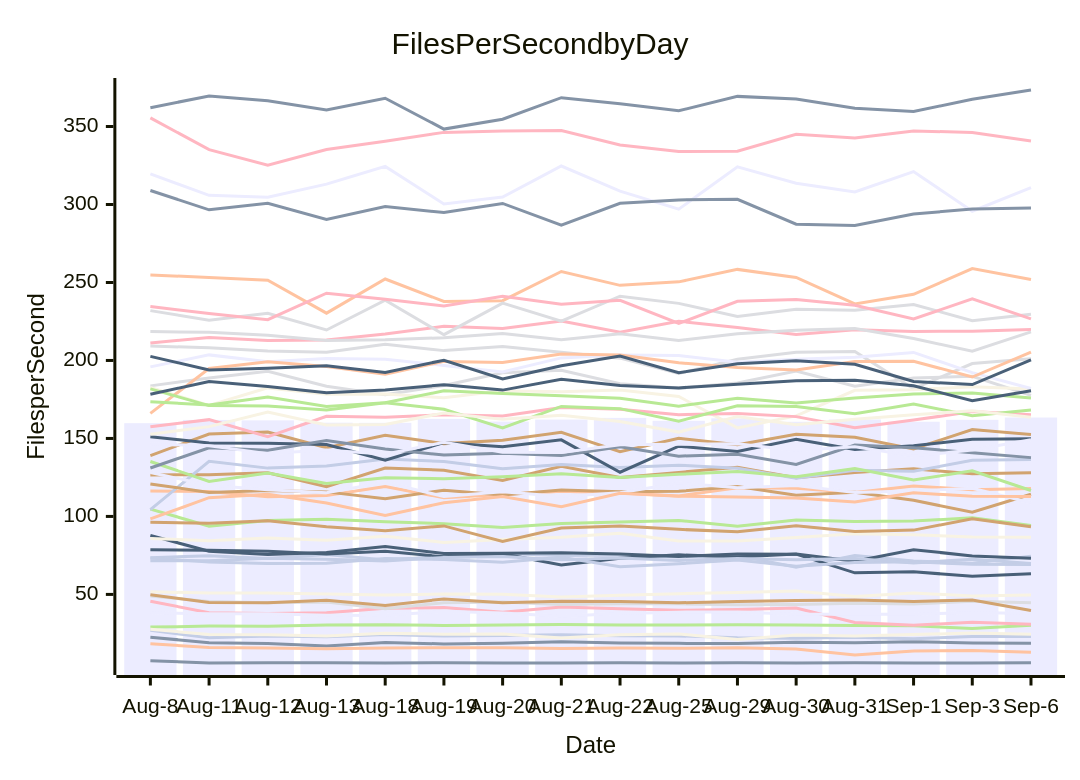
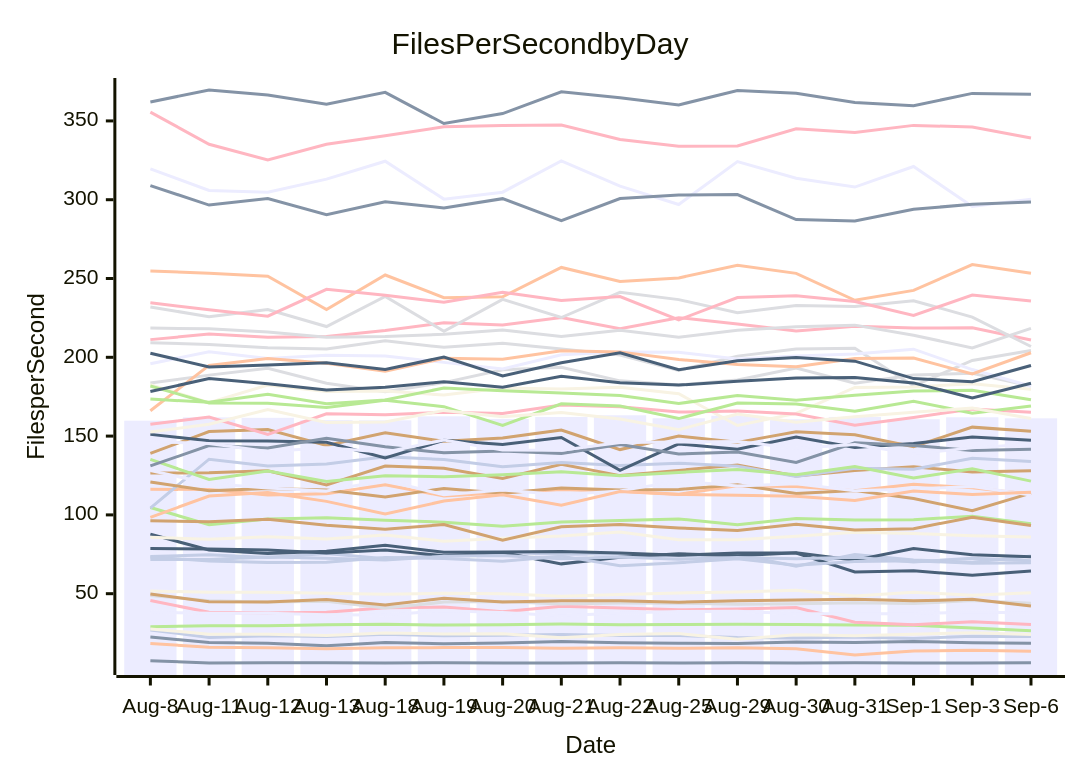
Before and after one commit to streetsidesoftware/cspell: the diagram in perf-report.md, drawn with Mermaid. The commit also changed other lines of this file and 1 other file, not shown here.

````diff
--- a/perf-report.md
+++ b/perf-report.md
@@ -10,57 +10,57 @@
 ```mermaid
 xychart-beta
     title Files Per Second by Day
     y-axis Files per Second
     x-axis Date [Aug-8, Aug-11, Aug-12, Aug-13, Aug-18, Aug-19, Aug-20, Aug-21, Aug-22, Aug-25, Aug-29, Aug-30, Aug-31, Sep-1, Sep-3, Sep-6]
-    bar [159.78, 161.87, 161.59, 160.12, 160.00, 162.54, 160.82, 162.11, 163.20, 161.31, 162.91, 160.67, 162.16, 160.72, 161.93, 163.41]
-    line [22.54, 19.07, 18.54, 16.95, 19.10, 18.27, 18.74, 19.65, 18.80, 18.62, 18.45, 19.29, 19.08, 19.71, 18.88, 18.70]
-    line [116.33, 116.04, 112.64, 113.43, 119.19, 111.93, 114.00, 116.17, 114.97, 113.11, 118.41, 118.01, 115.40, 119.50, 117.17, 117.88]
-    line [209.23, 208.13, 206.12, 205.21, 210.46, 206.31, 208.96, 205.28, 201.48, 191.68, 200.76, 205.32, 205.73, 181.85, 198.01, 201.06]
-    line [29.03, 29.67, 29.60, 30.33, 30.62, 30.06, 30.32, 30.71, 30.33, 30.41, 30.59, 30.45, 30.07, 29.95, 28.16, 30.19]
-    line [126.61, 126.72, 128.04, 119.05, 131.02, 129.61, 123.08, 132.18, 124.93, 128.24, 131.60, 124.76, 128.19, 130.51, 127.29, 128.05]
-    line [73.53, 74.78, 72.96, 75.57, 72.13, 74.31, 76.20, 74.98, 75.32, 73.98, 74.92, 67.44, 74.93, 71.42, 69.97, 74.55]
-    line [211.22, 214.76, 212.79, 213.14, 217.00, 221.94, 220.45, 225.30, 218.11, 225.16, 221.13, 216.69, 219.64, 218.57, 218.78, 219.86]
-    line [87.82, 77.70, 75.58, 76.94, 80.70, 76.26, 76.41, 76.73, 75.85, 74.38, 75.85, 75.82, 63.83, 64.49, 61.65, 63.32]
-    line [85.77, 84.48, 86.21, 84.78, 87.25, 83.34, 85.16, 86.61, 89.19, 84.30, 84.25, 86.47, 88.91, 88.27, 86.74, 86.57]
-    line [319.60, 305.87, 304.71, 313.08, 324.40, 300.37, 304.78, 324.68, 308.60, 296.98, 324.16, 313.60, 308.04, 321.08, 295.70, 310.81]
-    line [308.97, 296.59, 300.81, 290.46, 298.69, 294.82, 300.68, 286.71, 300.74, 302.95, 303.29, 287.37, 286.48, 293.90, 297.13, 297.76]
-    line [254.83, 253.26, 251.44, 230.32, 252.21, 237.84, 238.36, 257.03, 248.15, 250.39, 258.39, 253.25, 236.21, 242.44, 258.87, 251.95]
-    line [183.70, 188.70, 193.07, 183.50, 178.10, 183.95, 192.12, 193.67, 185.05, 182.38, 185.55, 193.26, 183.54, 188.75, 189.86, 177.61]
-    line [104.69, 93.74, 97.45, 98.22, 96.65, 95.35, 92.84, 95.49, 96.50, 97.40, 93.72, 97.65, 96.80, 96.99, 99.11, 94.24]
-    line [139.04, 152.86, 154.13, 144.07, 152.10, 146.68, 148.87, 153.90, 141.45, 150.06, 146.03, 152.71, 150.80, 143.28, 155.69, 152.48]
-    line [104.34, 135.34, 130.97, 132.26, 136.82, 135.16, 130.52, 133.31, 131.34, 132.85, 130.95, 124.42, 129.63, 128.97, 135.94, 136.43]
-    line [45.66, 38.22, 37.79, 38.23, 41.09, 41.54, 38.59, 41.99, 40.85, 39.81, 40.28, 41.27, 31.95, 30.26, 32.20, 30.88]
-    line [78.66, 78.35, 77.65, 75.86, 77.65, 74.07, 76.09, 68.93, 73.13, 75.35, 74.03, 75.97, 71.20, 78.69, 74.68, 73.11]
-    line [182.66, 171.17, 182.41, 178.32, 178.57, 176.08, 180.57, 179.89, 180.99, 176.89, 156.76, 164.43, 180.88, 181.23, 183.21, 181.73]
-    line [195.89, 203.57, 199.20, 201.23, 200.81, 196.78, 192.62, 201.64, 203.42, 203.18, 198.91, 200.77, 202.09, 205.14, 192.22, 182.06]
-    line [7.47, 6.09, 6.22, 6.12, 6.05, 6.23, 6.09, 6.02, 6.19, 6.02, 6.20, 6.04, 6.23, 6.06, 6.09, 6.20]
-    line [18.37, 15.99, 15.64, 15.11, 15.67, 15.78, 15.86, 15.35, 15.70, 15.41, 15.75, 15.00, 11.10, 13.64, 14.09, 12.86]
-    line [231.94, 225.75, 230.29, 219.53, 238.65, 216.52, 236.75, 225.24, 241.21, 236.60, 228.23, 232.86, 232.26, 235.92, 225.53, 229.68]
-    line [135.23, 122.44, 127.81, 121.17, 124.81, 124.18, 125.47, 127.40, 124.91, 126.98, 128.83, 125.51, 130.73, 123.39, 129.29, 116.63]
-    line [120.85, 115.35, 116.69, 115.74, 111.39, 116.78, 113.71, 117.01, 115.75, 116.08, 119.18, 113.59, 115.52, 110.36, 102.65, 114.24]
-    line [27.00, 22.24, 23.36, 22.81, 24.23, 23.27, 23.59, 24.08, 23.43, 23.40, 22.23, 21.90, 22.46, 21.60, 23.03, 23.00]
-    line [355.56, 335.17, 325.27, 335.20, 340.52, 346.23, 347.14, 347.41, 338.20, 333.97, 334.12, 345.07, 342.66, 347.17, 346.14, 340.76]
-    line [151.10, 147.11, 146.86, 146.10, 136.12, 147.29, 144.63, 149.12, 128.33, 145.05, 141.62, 149.48, 142.85, 145.28, 149.46, 149.85]
-    line [27.59, 24.33, 24.19, 23.40, 25.07, 24.48, 24.64, 22.11, 24.14, 24.67, 21.16, 23.95, 23.30, 24.27, 25.24, 24.43]
-    line [128.17, 119.97, 117.10, 115.21, 121.90, 112.74, 115.76, 112.80, 115.24, 121.46, 118.37, 119.80, 115.33, 116.38, 118.04, 108.75]
-    line [362.02, 369.62, 366.45, 360.63, 368.14, 348.34, 354.65, 368.47, 364.63, 360.14, 369.32, 367.60, 361.65, 359.68, 367.46, 373.41]
-    line [166.07, 194.86, 199.17, 196.17, 191.14, 199.41, 198.71, 204.15, 203.44, 198.55, 195.50, 193.96, 199.31, 199.53, 189.39, 205.40]
-    line [48.90, 45.53, 44.69, 45.18, 40.85, 44.70, 45.09, 43.47, 44.07, 43.94, 43.35, 43.55, 44.33, 43.81, 45.60, 44.67]
-    line [173.47, 171.46, 176.49, 170.50, 172.92, 180.52, 178.78, 177.41, 175.76, 170.70, 175.74, 172.74, 175.87, 178.56, 179.08, 176.00]
-    line [96.32, 95.66, 97.25, 93.41, 90.83, 93.92, 83.91, 92.53, 93.93, 91.70, 90.17, 94.03, 90.40, 91.22, 98.55, 93.40]
-    line [73.32, 70.77, 69.86, 70.01, 73.04, 72.36, 70.62, 73.83, 67.67, 69.68, 72.12, 68.00, 70.47, 70.89, 69.29, 69.22]
-    line [157.48, 162.05, 151.08, 164.19, 163.52, 165.17, 164.35, 169.78, 168.65, 165.26, 166.00, 163.99, 156.90, 161.76, 167.23, 165.14]
-    line [202.61, 193.89, 195.05, 196.60, 192.32, 200.16, 188.13, 196.57, 202.87, 192.16, 197.82, 199.85, 197.57, 186.50, 184.53, 200.30]
-    line [51.68, 50.89, 50.88, 50.22, 49.59, 50.25, 50.03, 48.40, 49.47, 50.47, 51.15, 52.21, 48.60, 50.89, 48.97, 49.64]
-    line [38.18, 37.54, 37.60, 36.71, 36.51, 39.25, 38.04, 36.06, 37.72, 38.63, 38.79, 37.24, 37.32, 37.33, 38.42, 37.79]
-    line [131.06, 143.98, 142.41, 148.62, 143.28, 139.37, 140.53, 139.04, 144.69, 138.65, 139.89, 133.31, 145.80, 144.08, 140.79, 137.70]
-    line [98.38, 112.00, 114.17, 108.57, 100.66, 108.77, 112.72, 106.20, 114.85, 112.98, 112.47, 111.83, 109.19, 115.12, 112.97, 112.72]
-    line [218.55, 218.05, 216.13, 212.80, 213.27, 214.61, 217.28, 213.25, 217.17, 212.77, 217.16, 219.42, 220.41, 214.04, 205.97, 218.37]
-    line [181.75, 171.06, 170.80, 168.18, 172.80, 168.69, 156.73, 170.52, 169.10, 161.12, 170.94, 170.42, 165.85, 172.14, 164.57, 168.25]
-    line [49.80, 44.85, 44.73, 46.28, 42.85, 47.12, 44.69, 45.57, 45.49, 44.61, 45.50, 46.05, 46.44, 45.45, 46.41, 39.66]
-    line [71.64, 71.63, 73.23, 72.55, 71.44, 73.71, 74.27, 72.25, 73.30, 71.82, 72.99, 72.24, 73.05, 70.19, 72.55, 69.82]
-    line [234.59, 230.11, 226.13, 243.15, 239.31, 234.89, 241.23, 236.06, 238.56, 223.75, 237.91, 239.06, 235.45, 226.56, 239.54, 226.64]
-    line [178.30, 186.48, 183.29, 179.27, 181.07, 184.49, 180.99, 187.99, 183.89, 182.41, 184.77, 186.94, 187.25, 183.77, 174.20, 180.57]
-    line [152.64, 157.58, 166.90, 158.63, 158.95, 166.31, 162.23, 164.91, 160.87, 154.07, 164.02, 158.84, 162.35, 165.15, 167.75, 163.56]
-    line [146.35, 145.37, 140.27, 142.62, 139.83, 147.55, 141.21, 140.96, 145.89, 146.30, 146.55, 142.25, 144.70, 138.76, 142.53, 149.10]
+    bar [159.78, 161.87, 161.59, 160.12, 160.00, 162.54, 160.82, 162.11, 163.20, 161.31, 162.91, 160.67, 162.16, 160.72, 161.93, 161.27]
+    line [22.54, 19.07, 18.54, 16.95, 19.10, 18.27, 18.74, 19.65, 18.80, 18.62, 18.45, 19.29, 19.08, 19.71, 18.88, 18.57]
+    line [116.33, 116.04, 112.64, 113.43, 119.19, 111.93, 114.00, 116.17, 114.97, 113.11, 118.41, 118.01, 115.40, 119.50, 117.17, 113.10]
+    line [209.23, 208.13, 206.12, 205.21, 210.46, 206.31, 208.96, 205.28, 201.48, 191.68, 200.76, 205.32, 205.73, 181.85, 198.01, 204.31]
+    line [29.03, 29.67, 29.60, 30.33, 30.62, 30.06, 30.32, 30.71, 30.33, 30.41, 30.59, 30.45, 30.07, 29.95, 28.16, 26.51]
+    line [126.61, 126.72, 128.04, 119.05, 131.02, 129.61, 123.08, 132.18, 124.93, 128.24, 131.60, 124.76, 128.19, 130.51, 127.29, 127.99]
+    line [73.53, 74.78, 72.96, 75.57, 72.13, 74.31, 76.20, 74.98, 75.32, 73.98, 74.92, 67.44, 74.93, 71.42, 69.97, 73.99]
+    line [211.22, 214.76, 212.79, 213.14, 217.00, 221.94, 220.45, 225.30, 218.11, 225.16, 221.13, 216.69, 219.64, 218.57, 218.78, 211.03]
+    line [87.82, 77.70, 75.58, 76.94, 80.70, 76.26, 76.41, 76.73, 75.85, 74.38, 75.85, 75.82, 63.83, 64.49, 61.65, 64.36]
+    line [85.77, 84.48, 86.21, 84.78, 87.25, 83.34, 85.16, 86.61, 89.19, 84.30, 84.25, 86.47, 88.91, 88.27, 86.74, 85.90]
+    line [319.60, 305.87, 304.71, 313.08, 324.40, 300.37, 304.78, 324.68, 308.60, 296.98, 324.16, 313.60, 308.04, 321.08, 295.70, 300.37]
+    line [308.97, 296.59, 300.81, 290.46, 298.69, 294.82, 300.68, 286.71, 300.74, 302.95, 303.29, 287.37, 286.48, 293.90, 297.13, 298.53]
+    line [254.83, 253.26, 251.44, 230.32, 252.21, 237.84, 238.36, 257.03, 248.15, 250.39, 258.39, 253.25, 236.21, 242.44, 258.87, 253.31]
+    line [183.70, 188.70, 193.07, 183.50, 178.10, 183.95, 192.12, 193.67, 185.05, 182.38, 185.55, 193.26, 183.54, 188.75, 189.86, 181.73]
+    line [104.69, 93.74, 97.45, 98.22, 96.65, 95.35, 92.84, 95.49, 96.50, 97.40, 93.72, 97.65, 96.80, 96.99, 99.11, 94.32]
+    line [139.04, 152.86, 154.13, 144.07, 152.10, 146.68, 148.87, 153.90, 141.45, 150.06, 146.03, 152.71, 150.80, 143.28, 155.69, 153.09]
+    line [104.34, 135.34, 130.97, 132.26, 136.82, 135.16, 130.52, 133.31, 131.34, 132.85, 130.95, 124.42, 129.63, 128.97, 135.94, 133.82]
+    line [45.66, 38.22, 37.79, 38.23, 41.09, 41.54, 38.59, 41.99, 40.85, 39.81, 40.28, 41.27, 31.95, 30.26, 32.20, 30.41]
+    line [78.66, 78.35, 77.65, 75.86, 77.65, 74.07, 76.09, 68.93, 73.13, 75.35, 74.03, 75.97, 71.20, 78.69, 74.68, 73.49]
+    line [182.66, 171.17, 182.41, 178.32, 178.57, 176.08, 180.57, 179.89, 180.99, 176.89, 156.76, 164.43, 180.88, 181.23, 183.21, 179.68]
+    line [195.89, 203.57, 199.20, 201.23, 200.81, 196.78, 192.62, 201.64, 203.42, 203.18, 198.91, 200.77, 202.09, 205.14, 192.22, 181.67]
+    line [7.47, 6.09, 6.22, 6.12, 6.05, 6.23, 6.09, 6.02, 6.19, 6.02, 6.20, 6.04, 6.23, 6.06, 6.09, 6.18]
+    line [18.37, 15.99, 15.64, 15.11, 15.67, 15.78, 15.86, 15.35, 15.70, 15.41, 15.75, 15.00, 11.10, 13.64, 14.09, 13.46]
+    line [231.94, 225.75, 230.29, 219.53, 238.65, 216.52, 236.75, 225.24, 241.21, 236.60, 228.23, 232.86, 232.26, 235.92, 225.53, 206.85]
+    line [135.23, 122.44, 127.81, 121.17, 124.81, 124.18, 125.47, 127.40, 124.91, 126.98, 128.83, 125.51, 130.73, 123.39, 129.29, 121.44]
+    line [120.85, 115.35, 116.69, 115.74, 111.39, 116.78, 113.71, 117.01, 115.75, 116.08, 119.18, 113.59, 115.52, 110.36, 102.65, 113.81]
+    line [27.00, 22.24, 23.36, 22.81, 24.23, 23.27, 23.59, 24.08, 23.43, 23.40, 22.23, 21.90, 22.46, 21.60, 23.03, 22.77]
+    line [355.56, 335.17, 325.27, 335.20, 340.52, 346.23, 347.14, 347.41, 338.20, 333.97, 334.12, 345.07, 342.66, 347.17, 346.14, 339.15]
+    line [151.10, 147.11, 146.86, 146.10, 136.12, 147.29, 144.63, 149.12, 128.33, 145.05, 141.62, 149.48, 142.85, 145.28, 149.46, 147.42]
+    line [27.59, 24.33, 24.19, 23.40, 25.07, 24.48, 24.64, 22.11, 24.14, 24.67, 21.16, 23.95, 23.30, 24.27, 25.24, 24.08]
+    line [128.17, 119.97, 117.10, 115.21, 121.90, 112.74, 115.76, 112.80, 115.24, 121.46, 118.37, 119.80, 115.33, 116.38, 118.04, 112.65]
+    line [362.02, 369.62, 366.45, 360.63, 368.14, 348.34, 354.65, 368.47, 364.63, 360.14, 369.32, 367.60, 361.65, 359.68, 367.46, 366.85]
+    line [166.07, 194.86, 199.17, 196.17, 191.14, 199.41, 198.71, 204.15, 203.44, 198.55, 195.50, 193.96, 199.31, 199.53, 189.39, 202.89]
+    line [48.90, 45.53, 44.69, 45.18, 40.85, 44.70, 45.09, 43.47, 44.07, 43.94, 43.35, 43.55, 44.33, 43.81, 45.60, 43.88]
+    line [173.47, 171.46, 176.49, 170.50, 172.92, 180.52, 178.78, 177.41, 175.76, 170.70, 175.74, 172.74, 175.87, 178.56, 179.08, 173.11]
+    line [96.32, 95.66, 97.25, 93.41, 90.83, 93.92, 83.91, 92.53, 93.93, 91.70, 90.17, 94.03, 90.40, 91.22, 98.55, 93.24]
+    line [73.32, 70.77, 69.86, 70.01, 73.04, 72.36, 70.62, 73.83, 67.67, 69.68, 72.12, 68.00, 70.47, 70.89, 69.29, 69.62]
+    line [157.48, 162.05, 151.08, 164.19, 163.52, 165.17, 164.35, 169.78, 168.65, 165.26, 166.00, 163.99, 156.90, 161.76, 167.23, 165.19]
+    line [202.61, 193.89, 195.05, 196.60, 192.32, 200.16, 188.13, 196.57, 202.87, 192.16, 197.82, 199.85, 197.57, 186.50, 184.53, 194.81]
+    line [51.68, 50.89, 50.88, 50.22, 49.59, 50.25, 50.03, 48.40, 49.47, 50.47, 51.15, 52.21, 48.60, 50.89, 48.97, 50.57]
+    line [38.18, 37.54, 37.60, 36.71, 36.51, 39.25, 38.04, 36.06, 37.72, 38.63, 38.79, 37.24, 37.32, 37.33, 38.42, 37.80]
+    line [131.06, 143.98, 142.41, 148.62, 143.28, 139.37, 140.53, 139.04, 144.69, 138.65, 139.89, 133.31, 145.80, 144.08, 140.79, 141.70]
+    line [98.38, 112.00, 114.17, 108.57, 100.66, 108.77, 112.72, 106.20, 114.85, 112.98, 112.47, 111.83, 109.19, 115.12, 112.97, 114.33]
+    line [218.55, 218.05, 216.13, 212.80, 213.27, 214.61, 217.28, 213.25, 217.17, 212.77, 217.16, 219.42, 220.41, 214.04, 205.97, 218.32]
+    line [181.75, 171.06, 170.80, 168.18, 172.80, 168.69, 156.73, 170.52, 169.10, 161.12, 170.94, 170.42, 165.85, 172.14, 164.57, 169.10]
+    line [49.80, 44.85, 44.73, 46.28, 42.85, 47.12, 44.69, 45.57, 45.49, 44.61, 45.50, 46.05, 46.44, 45.45, 46.41, 42.16]
+    line [71.64, 71.63, 73.23, 72.55, 71.44, 73.71, 74.27, 72.25, 73.30, 71.82, 72.99, 72.24, 73.05, 70.19, 72.55, 70.89]
+    line [234.59, 230.11, 226.13, 243.15, 239.31, 234.89, 241.23, 236.06, 238.56, 223.75, 237.91, 239.06, 235.45, 226.56, 239.54, 235.72]
+    line [178.30, 186.48, 183.29, 179.27, 181.07, 184.49, 180.99, 187.99, 183.89, 182.41, 184.77, 186.94, 187.25, 183.77, 174.20, 183.55]
+    line [152.64, 157.58, 166.90, 158.63, 158.95, 166.31, 162.23, 164.91, 160.87, 154.07, 164.02, 158.84, 162.35, 165.15, 167.75, 161.13]
+    line [146.35, 145.37, 140.27, 142.62, 139.83, 147.55, 141.21, 140.96, 145.89, 146.30, 146.55, 142.25, 144.70, 138.76, 142.53, 144.92]
 ```
````
